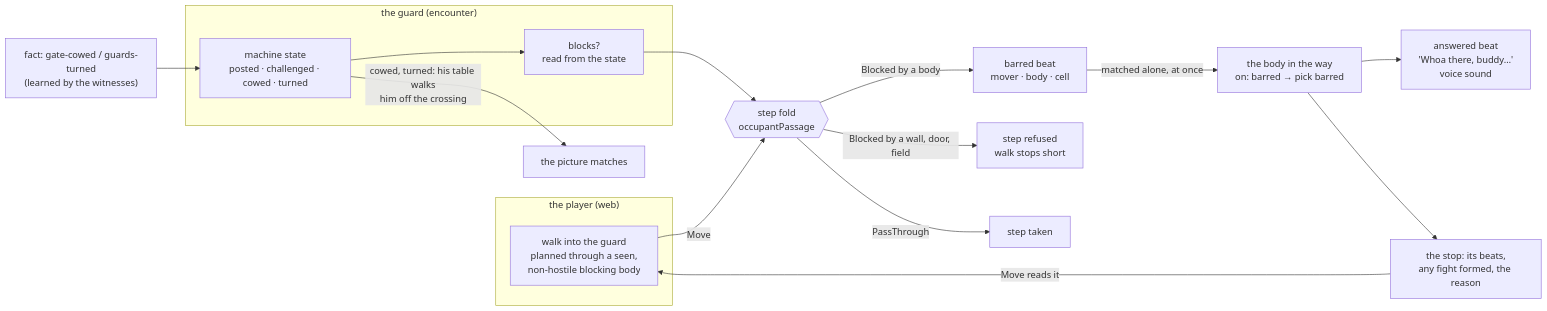
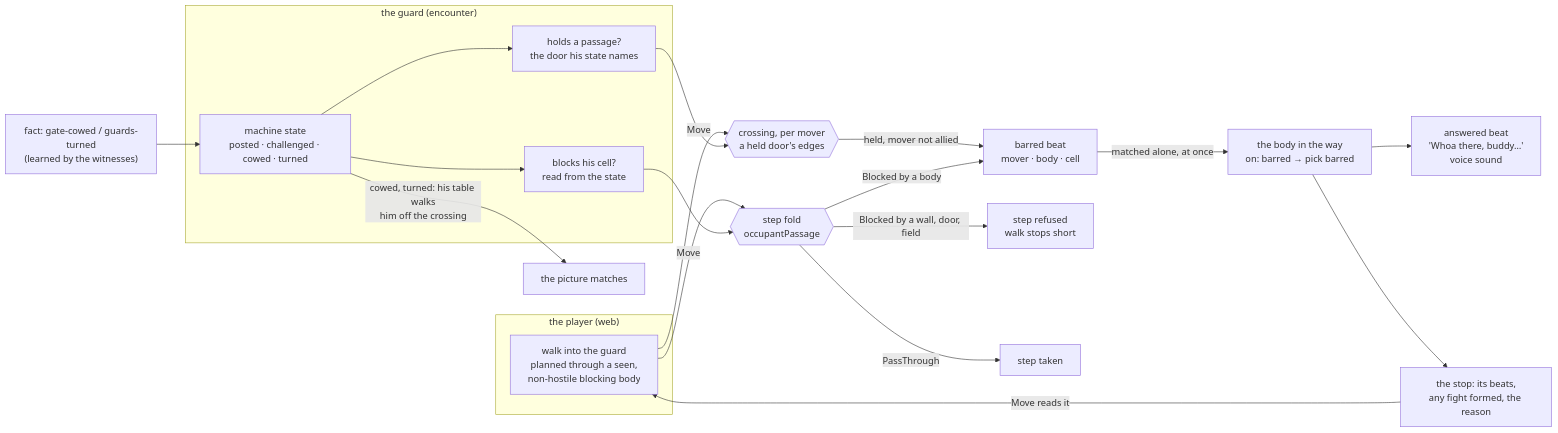
One commit to KirkDiggler/rpg-project changed the diagram in ideas/the-guard-holds-the-gate/design.md. Above: the diagram before and after it, drawn with Mermaid. The commit also changed other lines of this file and 1 other file, not shown here.

First line of the commit message:
design: R5 a post holds a passage; the keep's gate as the use case (rpg-project#836) (#846)

````diff
--- a/ideas/the-guard-holds-the-gate/design.md
+++ b/ideas/the-guard-holds-the-gate/design.md
@@ -23,22 +28,27 @@
 ```mermaid
 flowchart LR
     subgraph web["the player (web)"]
         P["walk into the guard<br/>planned through a seen,<br/>non-hostile blocking body"]
     end
     subgraph guard["the guard (encounter)"]
         S["machine state<br/>posted · challenged · cowed · turned"]
-        B["blocks?<br/>read from the state"]
+        B["blocks his cell?<br/>read from the state"]
+        H["holds a passage?<br/>the door his state names"]
         S --> B
+        S --> H
     end
     P -->|Move| F{{"step fold<br/>occupantPassage"}}
+    P -->|Move| E{{"crossing, per mover<br/>a held door's edges"}}
     B --> F
+    H --> E
+    E -->|"held, mover not allied"| BR
     F -->|"Blocked by a body"| BR["barred beat<br/>mover · body · cell"]
     F -->|"Blocked by a wall, door, field"| ST["step refused<br/>walk stops short"]
     F -->|PassThrough| OK["step taken"]
     BR -->|"matched alone, at once"| G["the body in the way<br/>on: barred → pick barred"]
     G --> SAY["answered beat<br/>'Whoa there, buddy…'<br/>voice sound"]
     G --> OUT["the stop: its beats,<br/>any fight formed, the reason"]
     OUT -->|Move reads it| P
     FACT["fact: gate-cowed / guards-turned<br/>(learned by the witnesses)"] --> S
     S -->|"cowed, turned: his table walks<br/>him off the crossing"| W["the picture matches"]
 ```
````
